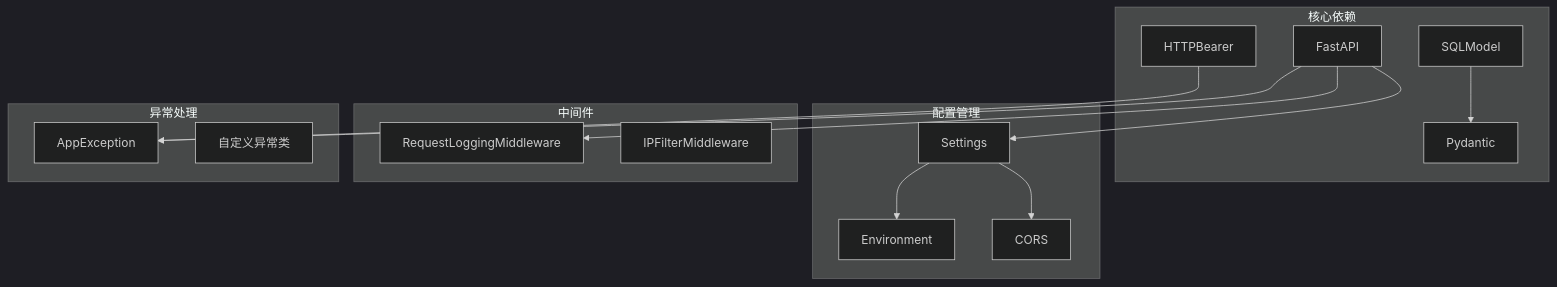
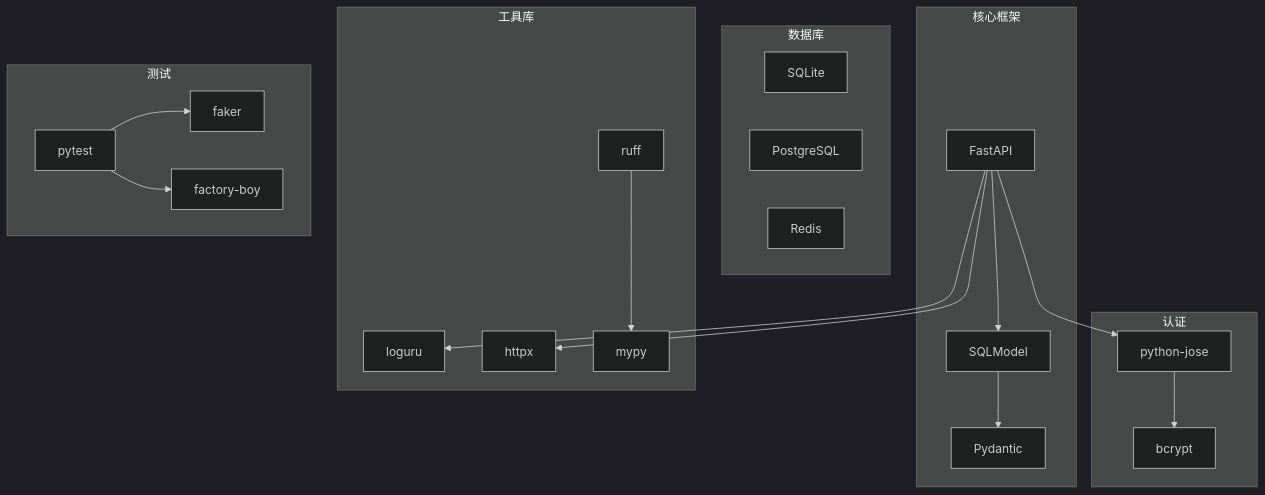
Before and after one commit to taoweidong/Hello-FastApi: the eighth of 9 diagrams in .qoder/repowiki/zh/content/Api Response Standards.md, drawn with Mermaid (dark theme). The commit also changed other lines of this file and 11 other files, not shown here.

````diff
--- a/.qoder/repowiki/zh/content/Api Response Standards.md
+++ b/.qoder/repowiki/zh/content/Api Response Standards.md
@@ -418,29 +350,37 @@
 ```mermaid
 graph TB
-subgraph "核心依赖"
+subgraph "核心框架"
 A[FastAPI]
 B[SQLModel]
 C[Pydantic]
-D[HTTPBearer]
 end
-subgraph "配置管理"
-E[Settings]
-F[Environment]
-G[CORS]
+subgraph "数据库"
+D[SQLite]
+E[PostgreSQL]
+F[Redis]
 end
-subgraph "中间件"
-H[RequestLoggingMiddleware]
-I[IPFilterMiddleware]
+subgraph "认证"
+G[python-jose]
+H[bcrypt]
 end
-subgraph "异常处理"
-J[AppException]
-K[自定义异常类]
+subgraph "工具库"
+I[loguru]
+J[httpx]
+K[mypy]
+L[ruff]
 end
-A --> E
-A --> H
+subgraph "测试"
+M[pytest]
+N[faker]
+O[factory-boy]
+end
+A --> B
+B --> C
+A --> G
+G --> H
+A --> I
 A --> J
-B --> C
-D --> J
-E --> F
-E --> G
+M --> N
+M --> O
+L --> K
 ```
````
